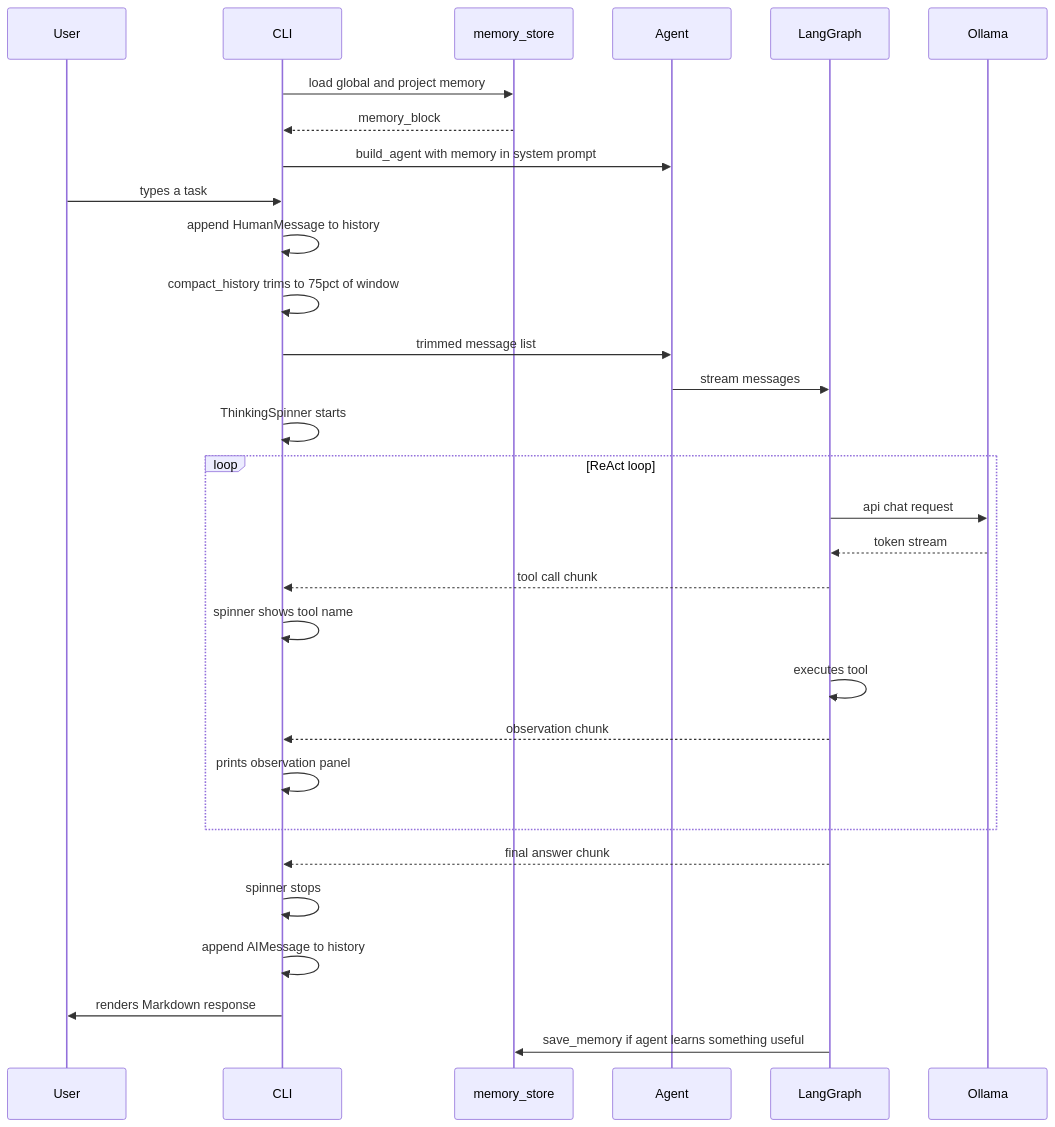
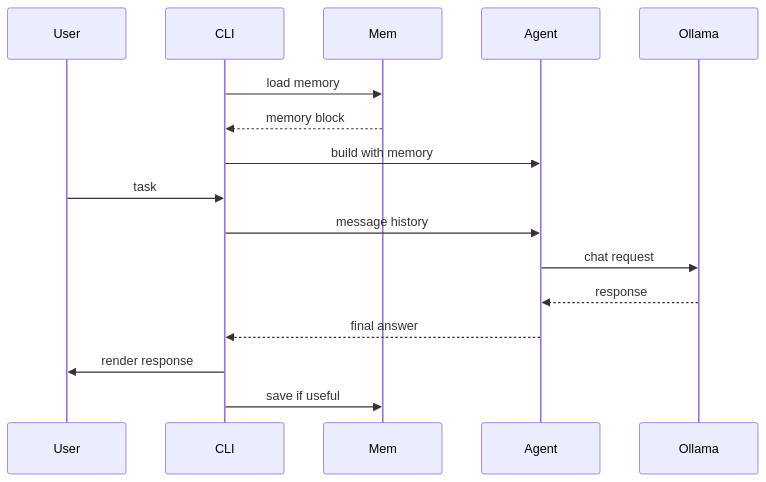
The second of 2 diagrams in saathi-cli/README.md (dwinsi/LLMfromScratch), drawn with Mermaid before and after one commit. The commit also changed other lines of this file and 1 other file, not shown here.

Commit message:
fixing mermaid diagram in readme

````diff
--- a/saathi-cli/README.md
+++ b/saathi-cli/README.md
@@ -66,36 +27,19 @@
 ```mermaid
 sequenceDiagram
     participant User
     participant CLI
-    participant Mem as memory_store
+    participant Mem
     participant Agent
-    participant LG as LangGraph
     participant Ollama
 
-    CLI->>Mem: load global and project memory
-    Mem-->>CLI: memory_block
-    CLI->>Agent: build_agent with memory in system prompt
-
-    User->>CLI: types a task
-    CLI->>CLI: append HumanMessage to history
-    CLI->>CLI: compact_history trims to 75pct of window
-    CLI->>Agent: trimmed message list
-    Agent->>LG: stream messages
-    CLI->>CLI: ThinkingSpinner starts
-
-    loop ReAct loop
-        LG->>Ollama: api chat request
-        Ollama-->>LG: token stream
-        LG-->>CLI: tool call chunk
-        CLI->>CLI: spinner shows tool name
-        LG->>LG: executes tool
-        LG-->>CLI: observation chunk
-        CLI->>CLI: prints observation panel
-    end
-
-    LG-->>CLI: final answer chunk
-    CLI->>CLI: spinner stops
-    CLI->>CLI: append AIMessage to history
-    CLI->>User: renders Markdown response
-    LG->>Mem: save_memory if agent learns something useful
+    CLI->>Mem: load memory
+    Mem-->>CLI: memory block
+    CLI->>Agent: build with memory
+    User->>CLI: task
+    CLI->>Agent: message history
+    Agent->>Ollama: chat request
+    Ollama-->>Agent: response
+    Agent-->>CLI: final answer
+    CLI->>User: render response
+    CLI->>Mem: save if useful
 ```
````
